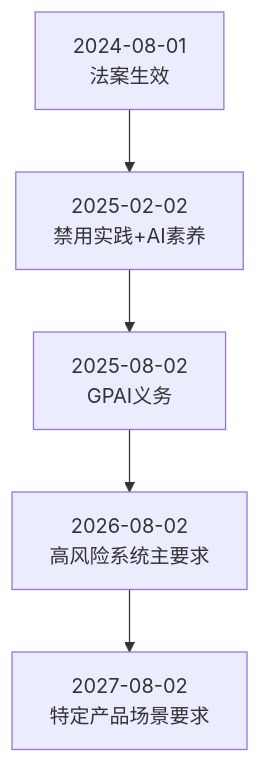
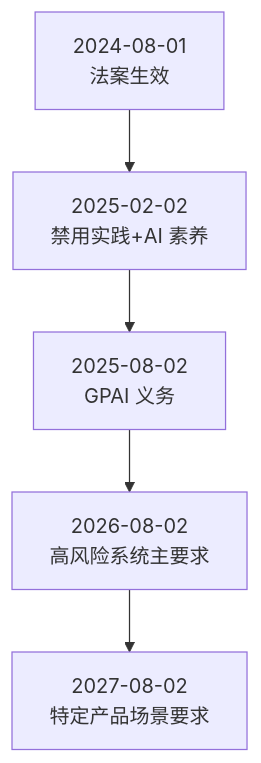
The diagram in 11_governance/11.1_regulations.md (yeasy/ai_security_guide), drawn with Mermaid before and after one commit. The commit also changed other lines of this file and 27 other files, not shown here.

````diff
--- a/11_governance/11.1_regulations.md
+++ b/11_governance/11.1_regulations.md
@@ -39,7 +39,7 @@
 ```mermaid
 flowchart TB
-    A["2024-08-01<br/>法案生效"] --> B["2025-02-02<br/>禁用实践+AI素养"]
-    B --> C["2025-08-02<br/>GPAI义务"]
+    A["2024-08-01<br/>法案生效"] --> B["2025-02-02<br/>禁用实践+AI 素养"]
+    B --> C["2025-08-02<br/>GPAI 义务"]
     C --> D["2026-08-02<br/>高风险系统主要求"]
     D --> E["2027-08-02<br/>特定产品场景要求"]
 ```
````
